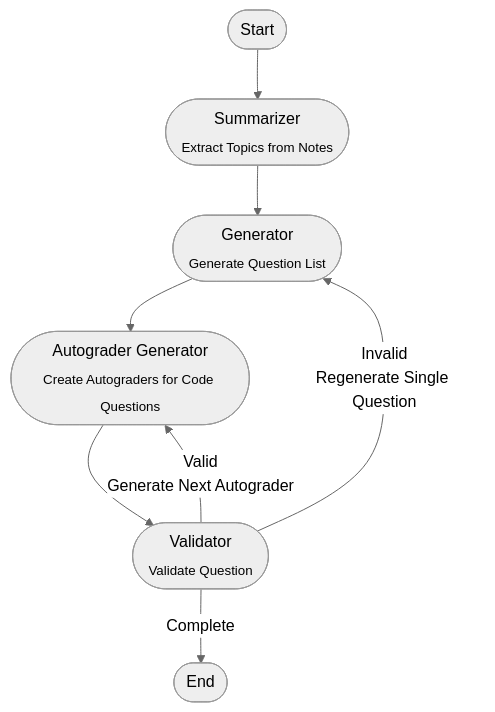
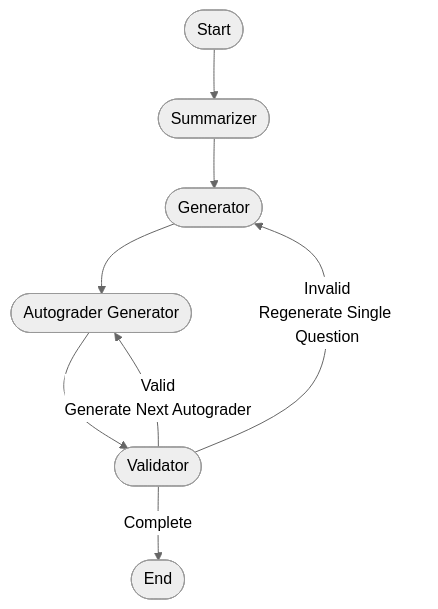
The diagram in README.md (QiyuanTan/Deep-fried-repo), drawn with Mermaid (neutral theme) before and after one commit.

````diff
--- a/README.md
+++ b/README.md
@@ -53,19 +53,19 @@
 ```mermaid
 flowchart TD
     START([Start])
-    Summarizer([Summarizer<br><sub>Extract Topics from Notes</sub>])
-    Generator([Generator<br><sub>Generate Question List</sub>])
-    Autograder([Autograder Generator<br><sub>Create Autograders for Code Questions</sub>])
-    Validator([Validator<br><sub>Validate Question</sub>])
+    Summarizer([Summarizer])
+    Generator([Generator])
+    Autograder([Autograder Generator])
+    Validator([Validator])
     END([End])
 
     START --> Summarizer
     Summarizer --> Generator
     Generator --> Autograder
     Autograder --> Validator
 
     Validator -- "Valid<br>Generate Next Autograder" --> Autograder
     Validator -- "Invalid<br>Regenerate Single Question" --> Generator
     Validator -- "Complete" --> END
 
 ```
````
